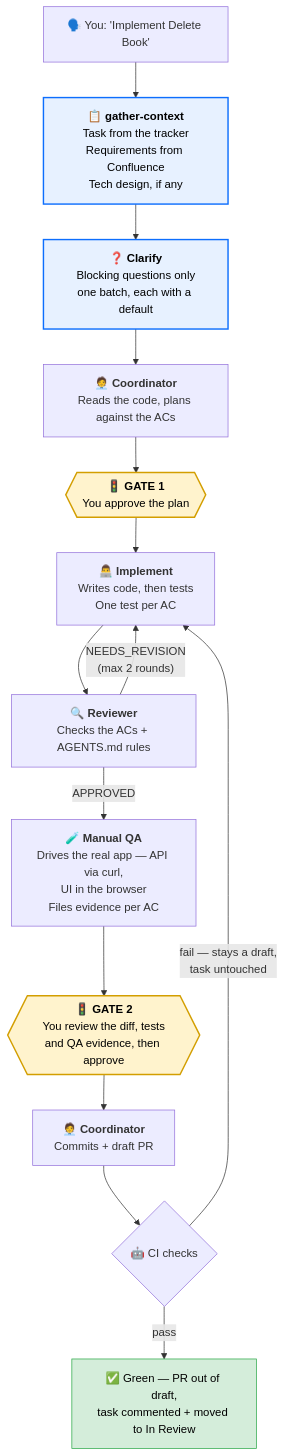
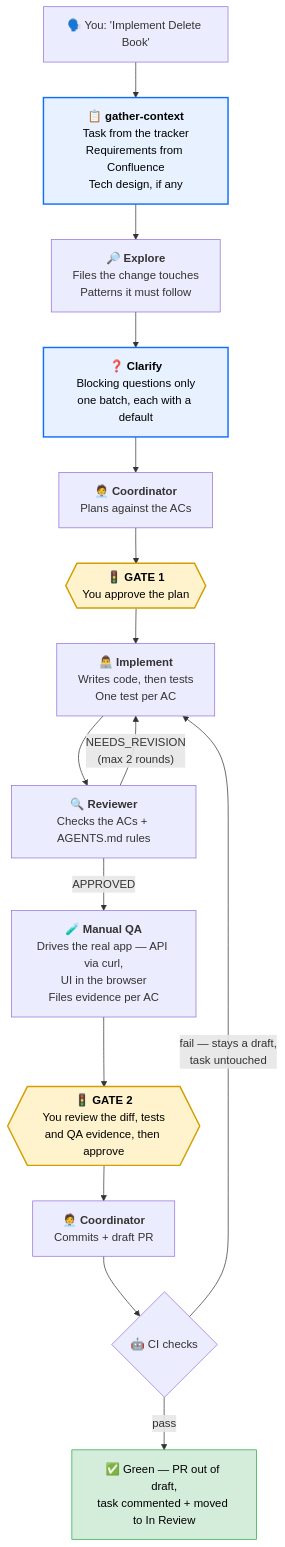
Before and after one commit to ihor-shndr/api-template-dotnet: the diagram in README.md, drawn with Mermaid. The commit also changed other lines of this file and 1 other file, not shown here.

````diff
--- a/README.md
+++ b/README.md
@@ -31,28 +32,29 @@
 ```mermaid
 flowchart TD
     You["🗣️ You: 'Implement Delete Book'"]
     Ctx["📋 <b>gather-context</b><br/>Task from the tracker<br/>Requirements from Confluence<br/>Tech design, if any"]
+    Res["🔎 <b>Explore</b><br/>Files the change touches<br/>Patterns it must follow"]
     Ask["❓ <b>Clarify</b><br/>Blocking questions only<br/>one batch, each with a default"]
-    Plan["🧑‍💼 <b>Coordinator</b><br/>Reads the code, plans against the ACs"]
+    Plan["🧑‍💼 <b>Coordinator</b><br/>Plans against the ACs"]
     Gate1{{"🚦 <b>GATE 1</b><br/>You approve the plan"}}
     Impl["👨‍💻 <b>Implement</b><br/>Writes code, then tests<br/>One test per AC"]
     Review["🔍 <b>Reviewer</b><br/>Checks the ACs + AGENTS.md rules"]
     QA["🧪 <b>Manual QA</b><br/>Drives the real app — API via curl,<br/>UI in the browser<br/>Files evidence per AC"]
     Gate2{{"🚦 <b>GATE 2</b><br/>You review the diff, tests<br/>and QA evidence, then approve"}}
     Ship["🧑‍💼 <b>Coordinator</b><br/>Commits + draft PR"]
     CI{"🤖 CI checks"}
     Done["✅ Green — PR out of draft,<br/>task commented + moved to In Review"]
 
-    You --> Ctx --> Ask --> Plan --> Gate1 --> Impl --> Review
+    You --> Ctx --> Res --> Ask --> Plan --> Gate1 --> Impl --> Review
     Review -->|"NEEDS_REVISION<br/>(max 2 rounds)"| Impl
     Review -->|APPROVED| QA
     QA --> Gate2 --> Ship --> CI
     CI -->|"pass"| Done
     CI -->|"fail — stays a draft,<br/>task untouched"| Impl
 
     style Ctx fill:#e7f1ff,stroke:#0d6efd,stroke-width:2px,color:#000
     style Ask fill:#e7f1ff,stroke:#0d6efd,stroke-width:2px,color:#000
     style Gate1 fill:#fff3cd,stroke:#d39e00,stroke-width:2px,color:#000
     style Gate2 fill:#fff3cd,stroke:#d39e00,stroke-width:2px,color:#000
     style Done fill:#d4edda,stroke:#28a745,color:#000
 ```
````
